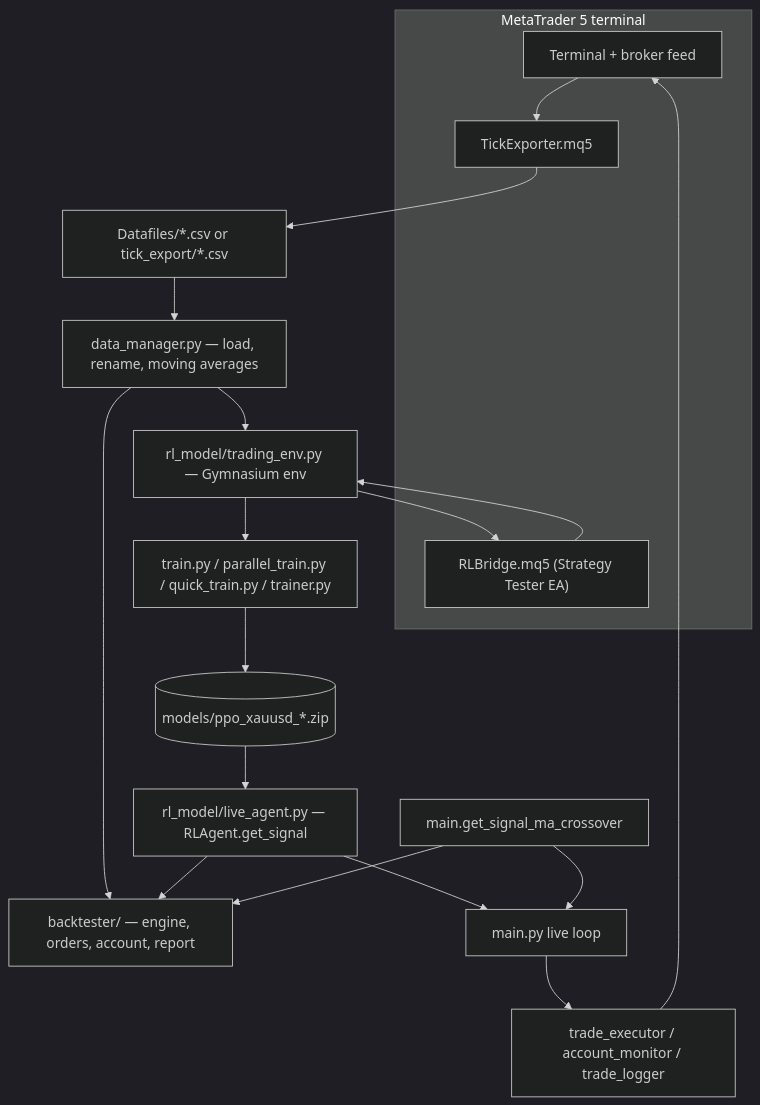
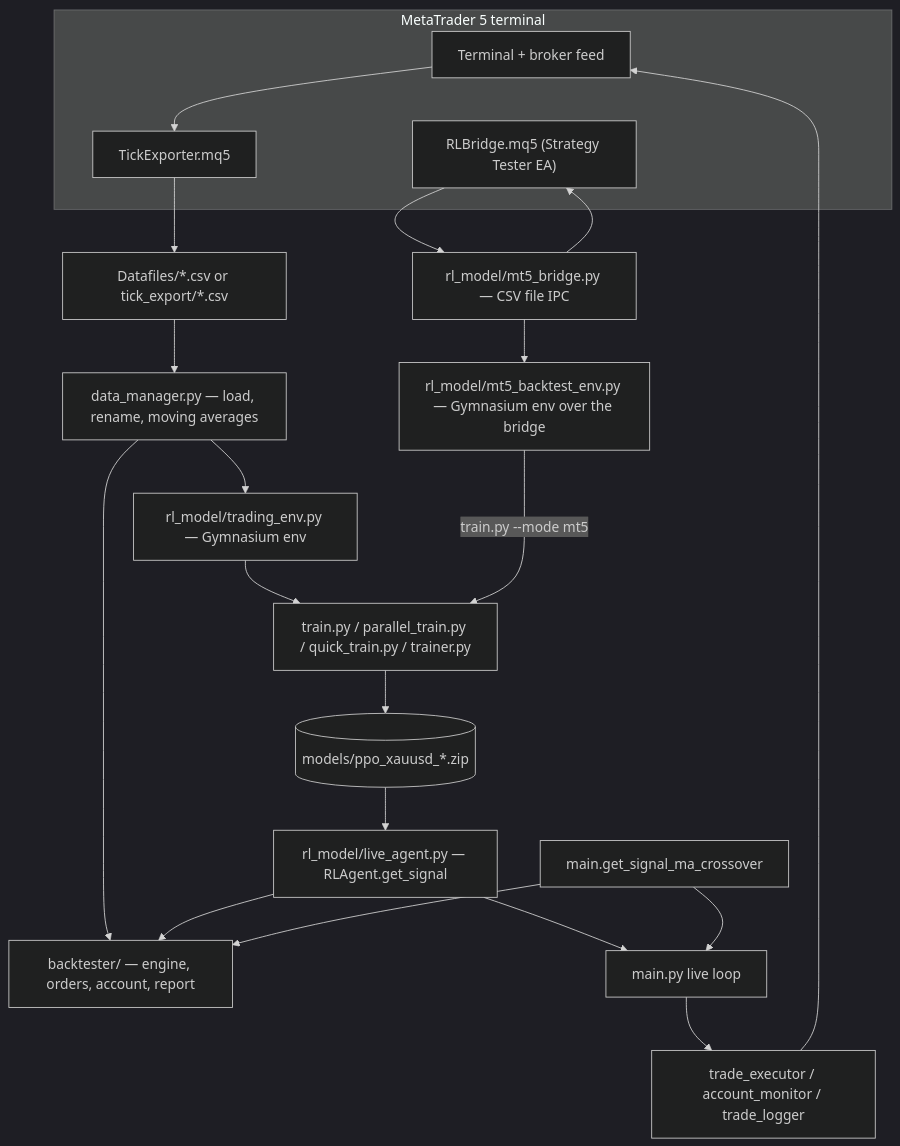
The diagram in README.md (chinthakat/xauusd-rl-engine), drawn with Mermaid (dark theme) before and after one commit. The commit also changed other lines of this file and 1 other file, not shown here.

````diff
--- a/README.md
+++ b/README.md
@@ -70,37 +73,42 @@
 ```mermaid
 flowchart TD
     subgraph MT5["MetaTrader 5 terminal"]
         TERM["Terminal + broker feed"]
         TE["TickExporter.mq5"]
         RB["RLBridge.mq5 (Strategy Tester EA)"]
     end
 
     CSV["Datafiles/*.csv or tick_export/*.csv"]
     DM["data_manager.py — load, rename, moving averages"]
     ENV["rl_model/trading_env.py — Gymnasium env"]
     TRAIN["train.py / parallel_train.py / quick_train.py / trainer.py"]
     MODEL[("models/ppo_xauusd_*.zip")]
+
+    BRIDGE["rl_model/mt5_bridge.py — CSV file IPC"]
+    MENV["rl_model/mt5_backtest_env.py — Gymnasium env over the bridge"]
 
     AGENT["rl_model/live_agent.py — RLAgent.get_signal"]
     MA["main.get_signal_ma_crossover"]
     BT["backtester/ — engine, orders, account, report"]
     LIVE["main.py live loop"]
     EXEC["trade_executor / account_monitor / trade_logger"]
 
     TERM --> TE
     TE --> CSV
     CSV --> DM
     DM --> ENV
     ENV --> TRAIN
     TRAIN --> MODEL
     MODEL --> AGENT
     DM --> BT
     AGENT --> BT
     MA --> BT
     AGENT --> LIVE
     MA --> LIVE
     LIVE --> EXEC
     EXEC --> TERM
-    RB --> ENV
-    ENV --> RB
+    RB --> BRIDGE
+    BRIDGE --> RB
+    BRIDGE --> MENV
+    MENV -->|"train.py --mode mt5"| TRAIN
 ```
````
